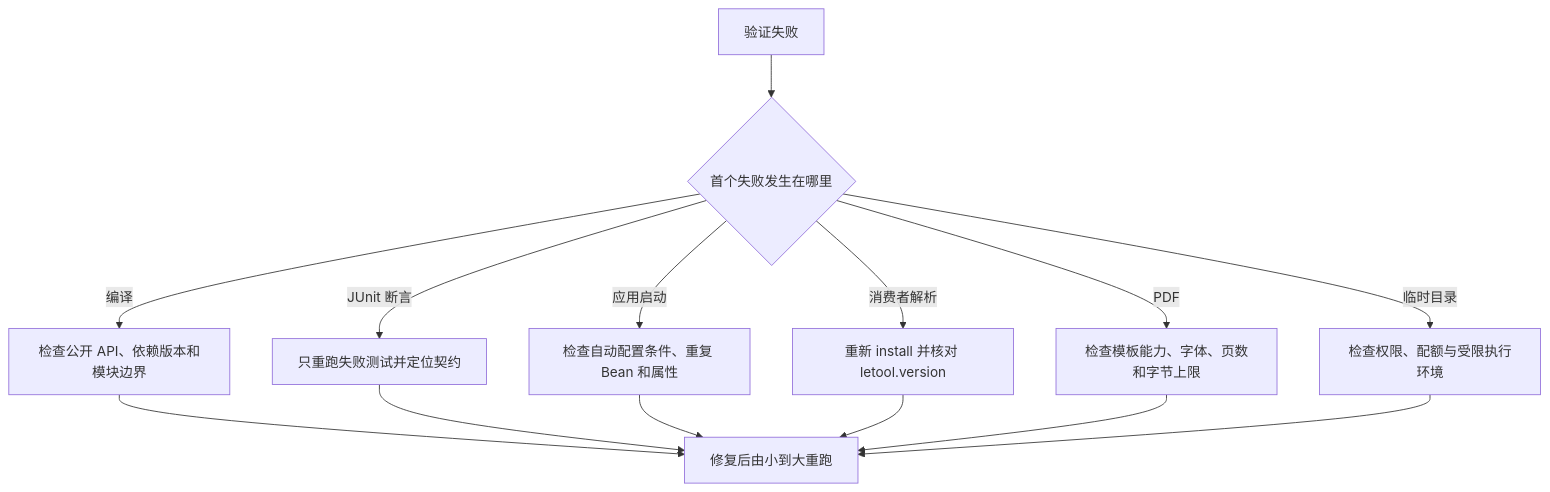
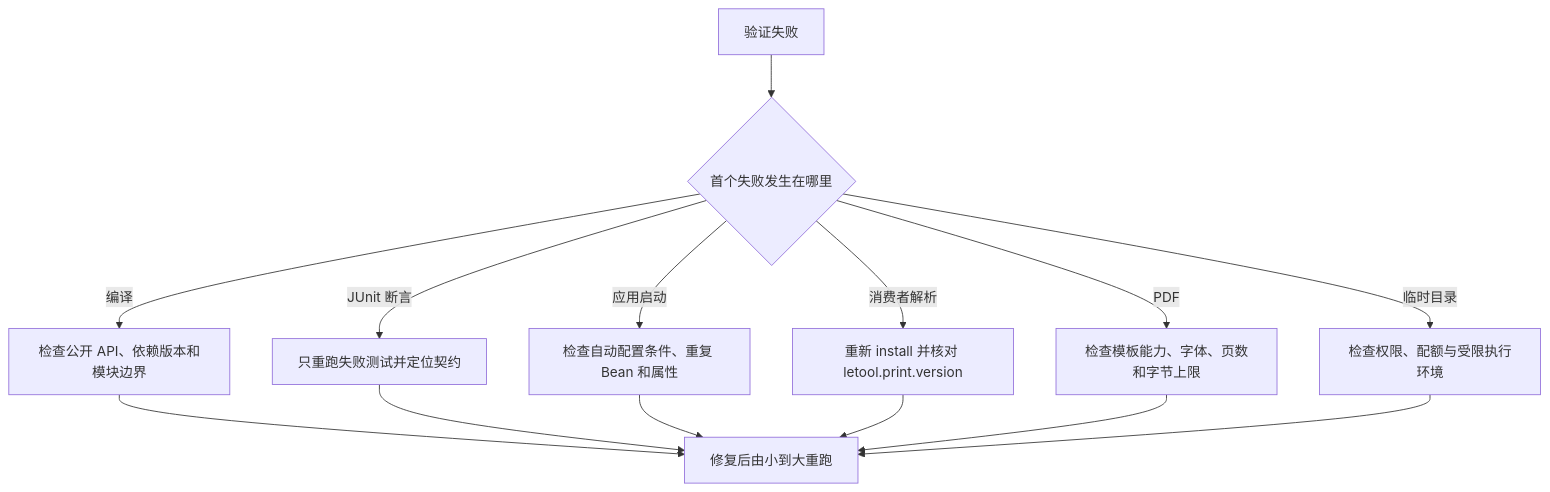
Before and after one commit to leylaragg/letool: the second of 2 diagrams in docs/dynamic-print-verification-guide.md, drawn with Mermaid. The commit also changed other lines of this file and 57 other files, not shown here.

````diff
--- a/docs/dynamic-print-verification-guide.md
+++ b/docs/dynamic-print-verification-guide.md
@@ -154,16 +155,16 @@
 ```mermaid
 flowchart TD
     A[验证失败] --> B{首个失败发生在哪里}
     B -->|编译| C[检查公开 API、依赖版本和模块边界]
     B -->|JUnit 断言| D[只重跑失败测试并定位契约]
     B -->|应用启动| E[检查自动配置条件、重复 Bean 和属性]
-    B -->|消费者解析| F[重新 install 并核对 letool.version]
+    B -->|消费者解析| F[重新 install 并核对 letool.print.version]
     B -->|PDF| G[检查模板能力、字体、页数和字节上限]
     B -->|临时目录| H[检查权限、配额与受限执行环境]
     C --> I[修复后由小到大重跑]
     D --> I
     E --> I
     F --> I
     G --> I
     H --> I
 ```
````
